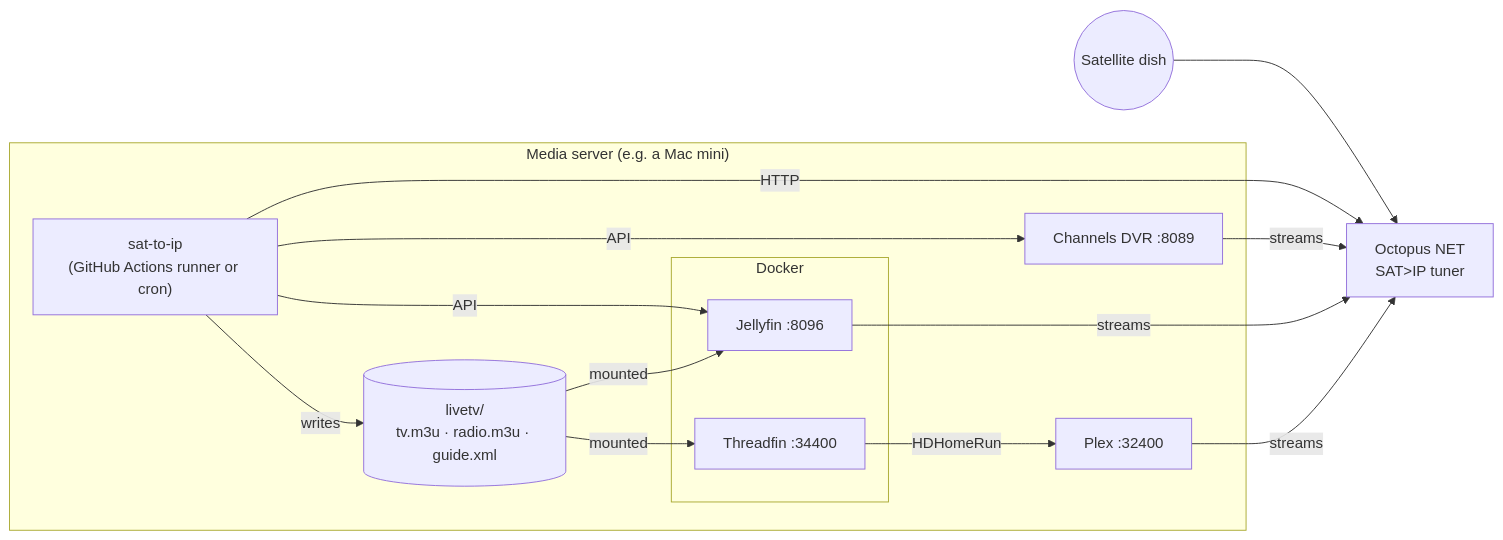
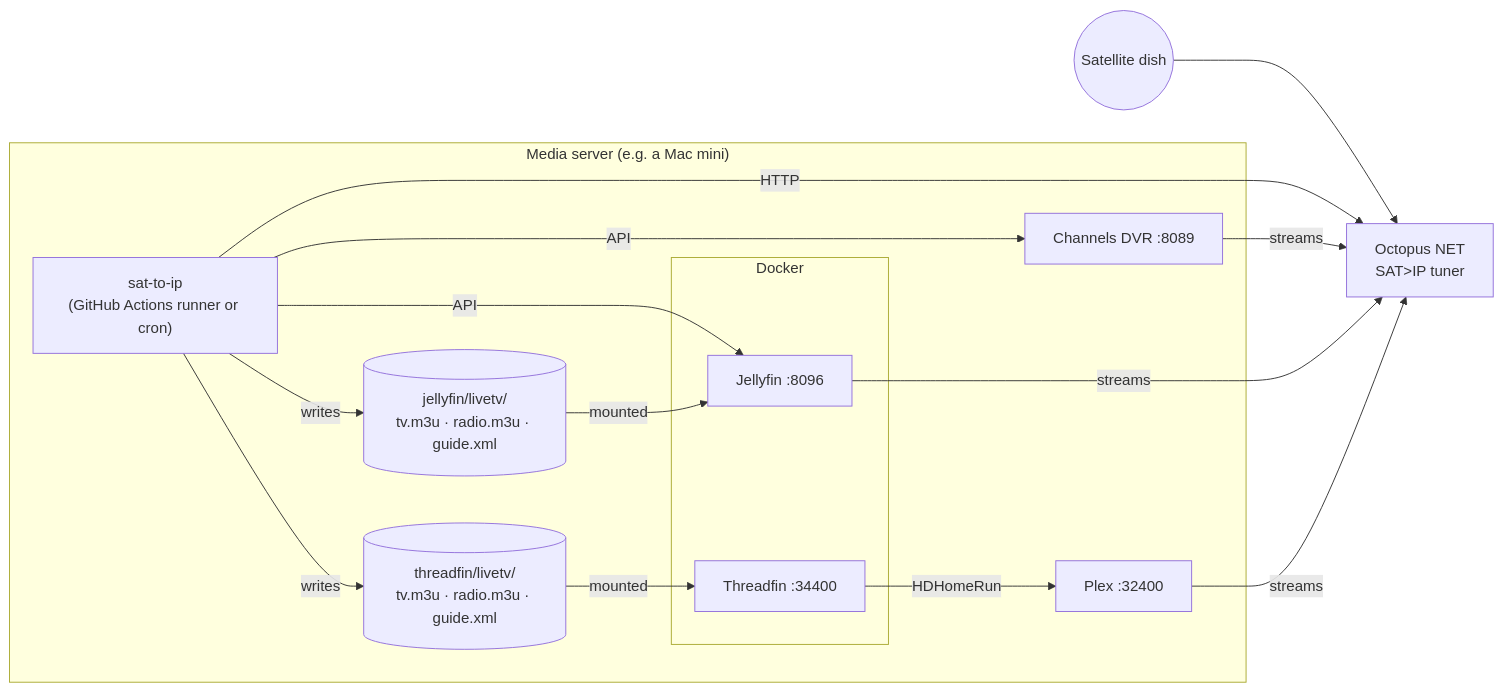
One commit to Matt-Hadley/sat_to_ip_helpers changed the fourth of 5 diagrams in README.md. Above: the diagram before and after it, drawn with Mermaid. The commit also changed other lines of this file and 12 other files, not shown here.

````diff
--- a/README.md
+++ b/README.md
@@ -122,21 +127,23 @@
 ```mermaid
 flowchart LR
     DISH(("Satellite dish")) --> OCT["Octopus NET<br/>SAT>IP tuner"]
     subgraph HOST["Media server (e.g. a Mac mini)"]
         RUN["sat-to-ip<br/>(GitHub Actions runner or cron)"]
         CDVR["Channels DVR :8089"]
         PLEX["Plex :32400"]
         subgraph DOCKER["Docker"]
             JF["Jellyfin :8096"]
             TF["Threadfin :34400"]
         end
-        DIR[("livetv/<br/>tv.m3u · radio.m3u · guide.xml")]
+        JDIR[("jellyfin/livetv/<br/>tv.m3u · radio.m3u · guide.xml")]
+        TDIR[("threadfin/livetv/<br/>tv.m3u · radio.m3u · guide.xml")]
     end
     RUN -- "HTTP" --> OCT
     RUN -- "API" --> CDVR
-    RUN -- "writes" --> DIR
+    RUN -- "writes" --> JDIR & TDIR
     RUN -- "API" --> JF
-    DIR -- "mounted" --> JF & TF
+    JDIR -- "mounted" --> JF
+    TDIR -- "mounted" --> TF
     TF -- "HDHomeRun" --> PLEX
     CDVR & JF & PLEX -- "streams" --> OCT
 ```
````
